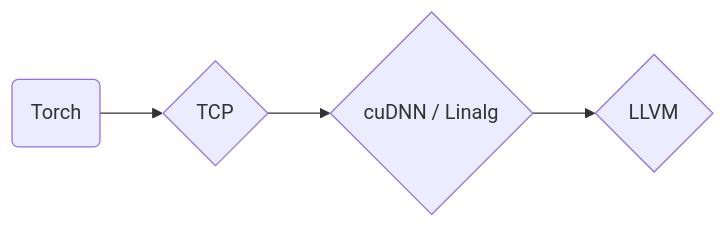
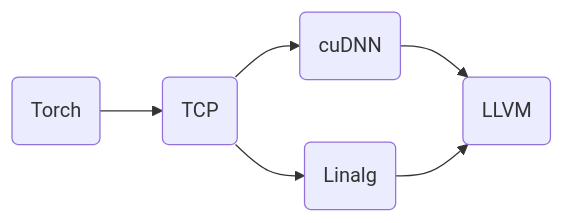
One commit to jpienaar/mlirbcc changed the fourth of 4 diagrams in README.md. Above: the diagram before and after it, drawn with Mermaid.

````diff
--- a/README.md
+++ b/README.md
@@ -95,4 +95,5 @@
 ```mermaid
 flowchart LR
-    id1(Torch) --> id2{TCP} --> id3{cuDNN / Linalg} --> id4{LLVM};
+    id1(Torch) --> id2(TCP) --> id3(cuDNN) --> id4(LLVM);
+    id2 --> id5(Linalg) --> id4;
 ```
````
